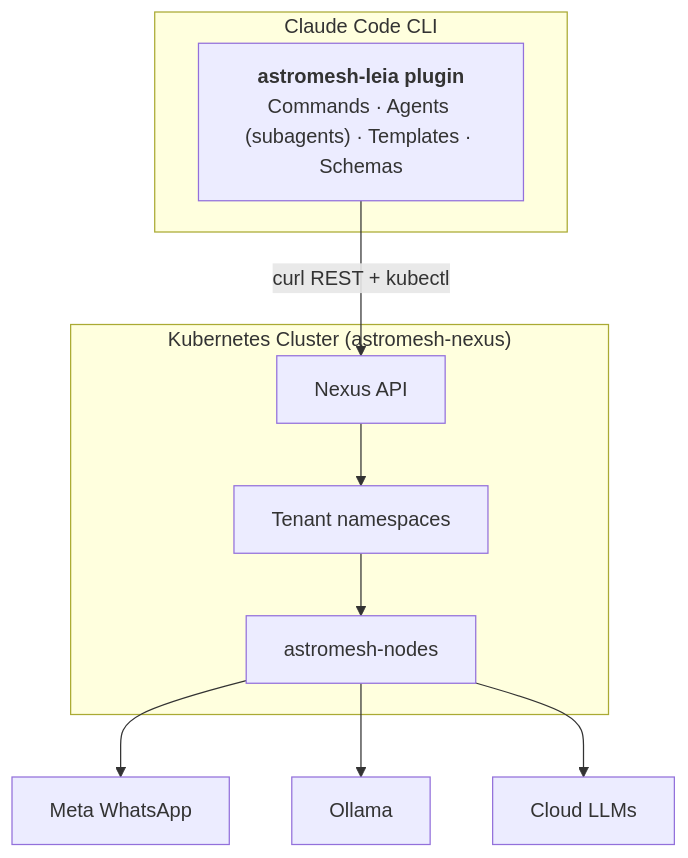
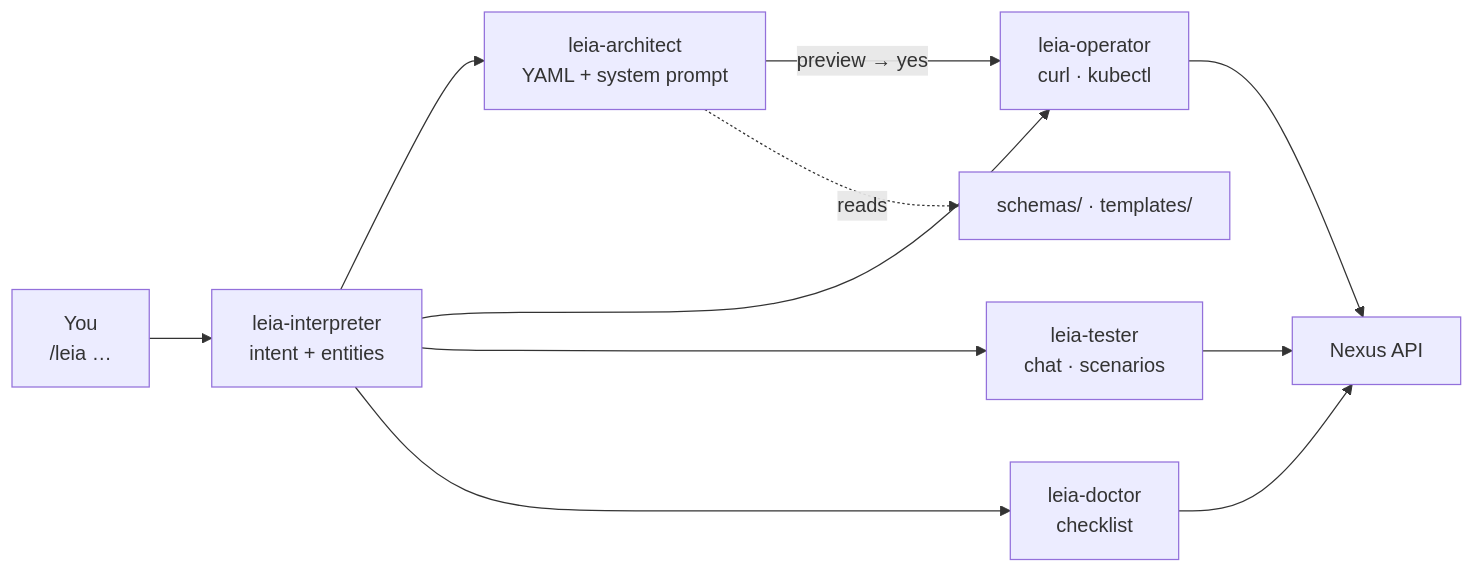
Before and after one commit to monaccode/astromesh: the diagram in docs-site/src/content/docs/leia/introduction.mdx, drawn with Mermaid. The commit also changed other lines of this file and 8 other files, not shown here.

````diff
--- a/docs-site/src/content/docs/leia/introduction.mdx
+++ b/docs-site/src/content/docs/leia/introduction.mdx
@@ -54,14 +39,13 @@
 ```mermaid
-flowchart TB
-  subgraph cli["Claude Code CLI"]
-    plugin["`**astromesh-leia plugin**
-    Commands · Agents (subagents) · Templates · Schemas`"]
-  end
-  subgraph cluster["Kubernetes Cluster (astromesh-nexus)"]
-    nexus["Nexus API"] --> tenants["Tenant namespaces"] --> nodes["astromesh-nodes"]
-  end
-  plugin -- "curl REST + kubectl" --> nexus
-  nodes --> whatsapp["Meta WhatsApp"]
-  nodes --> ollama["Ollama"]
-  nodes --> cloud["Cloud LLMs"]
+flowchart LR
+  you["You<br/>/leia …"] --> interp["leia-interpreter<br/>intent + entities"]
+  interp --> arch["leia-architect<br/>YAML + system prompt"]
+  interp --> op["leia-operator<br/>curl · kubectl"]
+  interp --> test["leia-tester<br/>chat · scenarios"]
+  interp --> doc["leia-doctor<br/>checklist"]
+  arch -- "preview → yes" --> op
+  op --> nexus["Nexus API"]
+  test --> nexus
+  doc --> nexus
+  arch -. reads .-> kb["schemas/ · templates/"]
 ```
````
